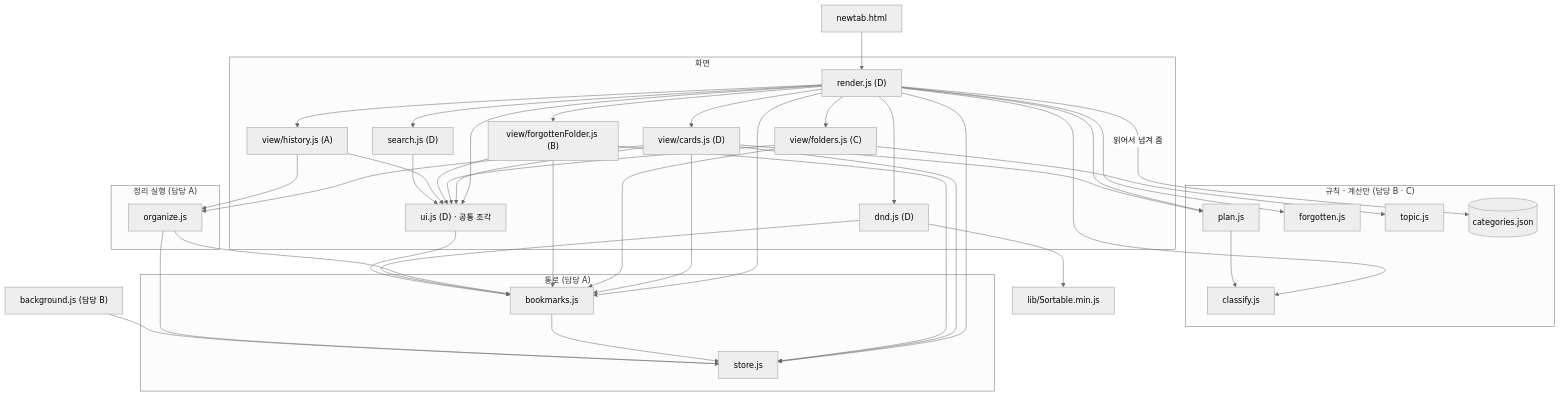
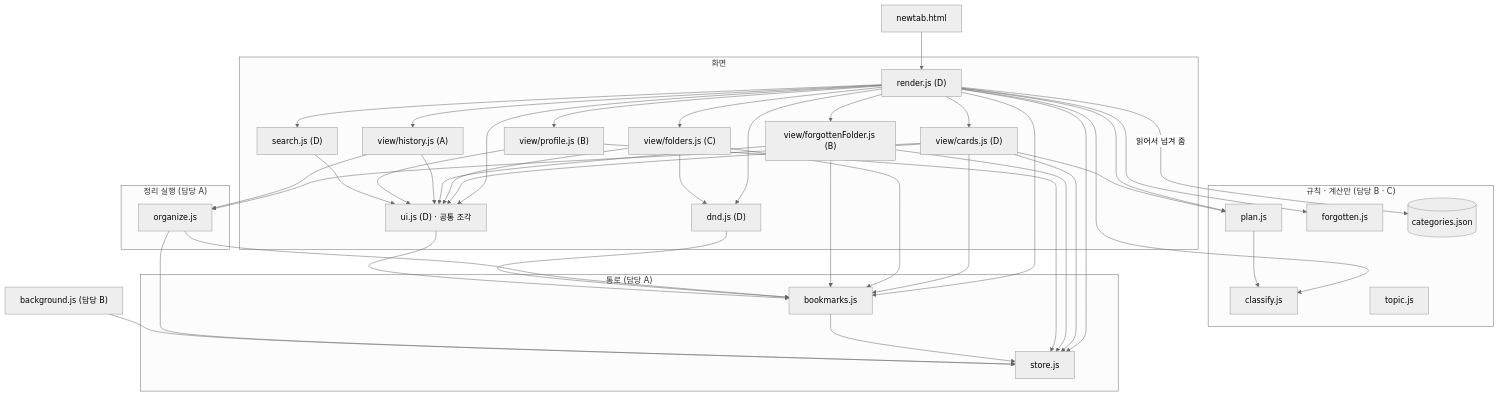
Before and after one commit to aix-team-5/aix_BaroLink_bookmark: the second of 3 diagrams in docs/file-structure.md, drawn with Mermaid (neutral theme). The commit also changed other lines of this file and 13 other files, not shown here.

````diff
--- a/docs/file-structure.md
+++ b/docs/file-structure.md
@@ -128,70 +133,73 @@
 ```mermaid
 graph TD
   HTML["newtab.html"] --> RENDER
 
   subgraph UI["화면"]
     RENDER["render.js (D)"]
     CARDS["view/cards.js (D)"]
     FOLDERS["view/folders.js (C)"]
     FVIEW["view/forgottenFolder.js (B)"]
     HVIEW["view/history.js (A)"]
+    PVIEW["view/profile.js (B)"]
     SEARCH["search.js (D)"]
     DND["dnd.js (D)"]
     UIJS["ui.js (D) · 공통 조각"]
   end
 
   subgraph RUN["정리 실행 (담당 A)"]
     ORG["organize.js"]
   end
 
   subgraph RULE["규칙 · 계산만 (담당 B · C)"]
     CLS["classify.js"]
     PLAN["plan.js"]
     FORGOT["forgotten.js"]
     TOPIC["topic.js"]
     CAT[("categories.json")]
   end
 
   subgraph PIPE["통로 (담당 A)"]
     BMJS["bookmarks.js"]
     STORE["store.js"]
   end
 
   SW["background.js (담당 B)"]
 
   RENDER --> CARDS
   RENDER --> FOLDERS
   RENDER --> FVIEW
   RENDER --> HVIEW
+  RENDER --> PVIEW
   RENDER --> SEARCH
   RENDER --> DND
   RENDER --> PLAN
   RENDER --> FORGOT
   RENDER --> CLS
   RENDER --> BMJS
   RENDER --> STORE
   RENDER -->|"읽어서 넘겨 줌"| CAT
   CARDS --> ORG
   CARDS --> STORE
   CARDS --> PLAN
   CARDS --> BMJS
   FOLDERS --> BMJS
-  FOLDERS --> TOPIC
+  FOLDERS --> DND
   FVIEW --> BMJS
   FVIEW --> STORE
   HVIEW --> ORG
+  PVIEW --> STORE
   PLAN --> CLS
   BMJS --> STORE
   ORG --> BMJS
   ORG --> STORE
   DND --> BMJS
-  DND --> SORT["lib/Sortable.min.js"]
   RENDER --> UIJS
   CARDS --> UIJS
   FOLDERS --> UIJS
   FVIEW --> UIJS
   HVIEW --> UIJS
+  PVIEW --> UIJS
   SEARCH --> UIJS
   UIJS --> BMJS
   SW --> STORE
 ```
````
